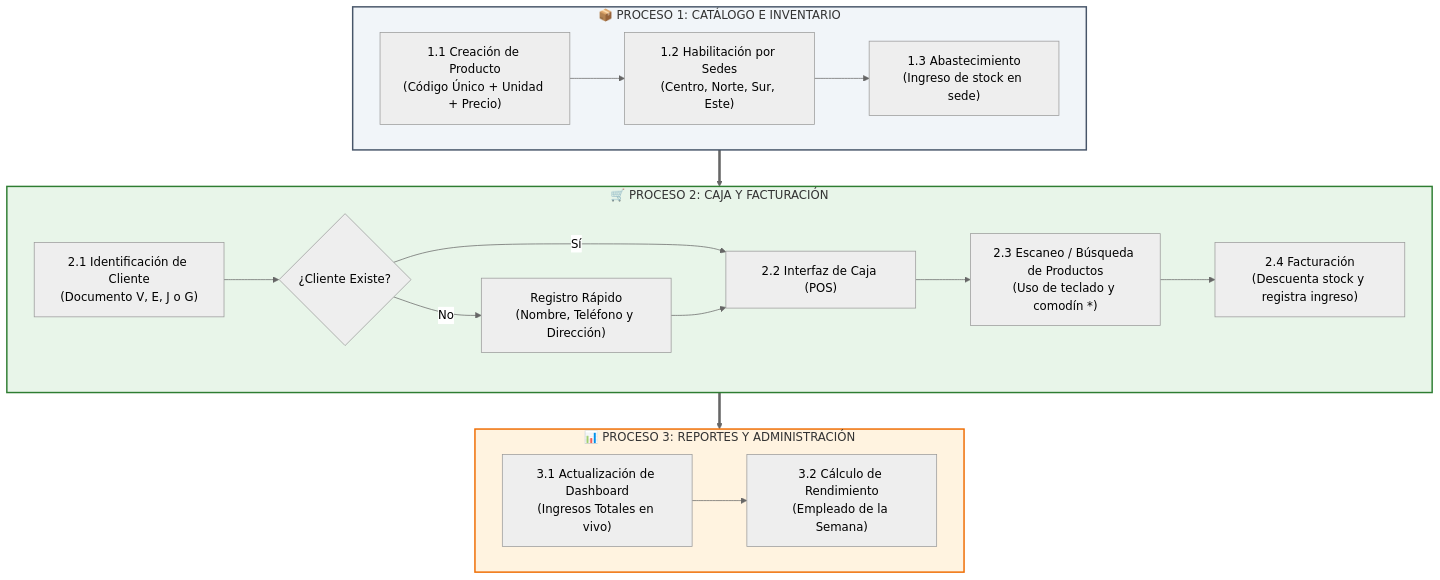
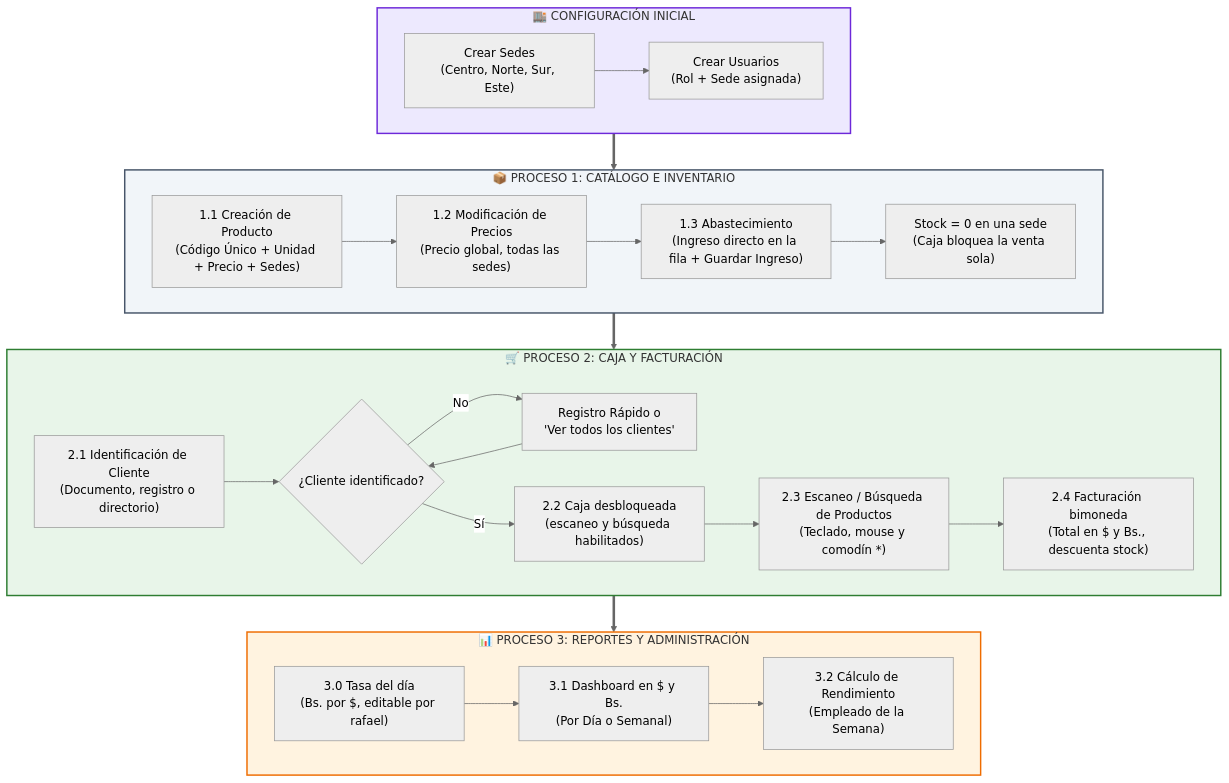
One commit to Gipsander/SuperPos changed the diagram in GUIA_DE_USUARIO.md. Above: the diagram before and after it, drawn with Mermaid (neutral theme). The commit also changed other lines of this file and 23 other files, not shown here.

Commit message:
feat: mejoras integrales ux/ui, bimoneda bs/usd, control de cliente y reportes diarios

````diff
--- a/GUIA_DE_USUARIO.md
+++ b/GUIA_DE_USUARIO.md
@@ -25,27 +26,35 @@
 ```mermaid
 flowchart TD
+    subgraph P0["🏬 CONFIGURACIÓN INICIAL"]
+        S1["Crear Sedes\n(Centro, Norte, Sur, Este)"] --> S2["Crear Usuarios\n(Rol + Sede asignada)"]
+    end
+
     subgraph P1["📦 PROCESO 1: CATÁLOGO E INVENTARIO"]
-        C1["1.1 Creación de Producto\n(Código Único + Unidad + Precio)"] --> C2["1.2 Habilitación por Sedes\n(Centro, Norte, Sur, Este)"]
-        C2 --> C3["1.3 Abastecimiento\n(Ingreso de stock en sede)"]
+        C1["1.1 Creación de Producto\n(Código Único + Unidad + Precio + Sedes)"] --> C2["1.2 Modificación de Precios\n(Precio global, todas las sedes)"]
+        C2 --> C3["1.3 Abastecimiento\n(Ingreso directo en la fila + Guardar Ingreso)"]
+        C3 --> C4["Stock = 0 en una sede\n(Caja bloquea la venta sola)"]
     end
 
     subgraph P2["🛒 PROCESO 2: CAJA Y FACTURACIÓN"]
-        I1["2.1 Identificación de Cliente\n(Documento V, E, J o G)"] --> I2{"¿Cliente Existe?"}
-        I2 -- "No" --> I3["Registro Rápido\n(Nombre, Teléfono y Dirección)"]
-        I2 -- "Sí" --> I4["2.2 Interfaz de Caja (POS)"]
-        I3 --> I4
-        I4 --> I5["2.3 Escaneo / Búsqueda de Productos\n(Uso de teclado y comodín *)"]
-        I5 --> I6["2.4 Facturación\n(Descuenta stock y registra ingreso)"]
+        I1["2.1 Identificación de Cliente\n(Documento, registro o directorio)"] --> I2{"¿Cliente identificado?"}
+        I2 -- "No" --> I3["Registro Rápido o\n'Ver todos los clientes'"]
+        I3 --> I2
+        I2 -- "Sí" --> I4["2.2 Caja desbloqueada\n(escaneo y búsqueda habilitados)"]
+        I4 --> I5["2.3 Escaneo / Búsqueda de Productos\n(Teclado, mouse y comodín *)"]
+        I5 --> I6["2.4 Facturación bimoneda\n(Total en $ y Bs., descuenta stock)"]
     end
 
     subgraph P3["📊 PROCESO 3: REPORTES Y ADMINISTRACIÓN"]
-        R1["3.1 Actualización de Dashboard\n(Ingresos Totales en vivo)"] --> R2["3.2 Cálculo de Rendimiento\n(Empleado de la Semana)"]
+        R0["3.0 Tasa del día\n(Bs. por $, editable por rafael)"] --> R1["3.1 Dashboard en $ y Bs.\n(Por Día o Semanal)"]
+        R1 --> R2["3.2 Cálculo de Rendimiento\n(Empleado de la Semana)"]
     end
 
+    P0 ==> P1
     P1 ==> P2
     P2 ==> P3
 
+    style P0 fill:#ede9fe,stroke:#6d28d9,stroke-width:2px
     style P1 fill:#f1f5f9,stroke:#475569,stroke-width:2px
     style P2 fill:#e8f5e9,stroke:#2e7d32,stroke-width:2px
     style P3 fill:#fff3e0,stroke:#ef6c00,stroke-width:2px
 ```
````
